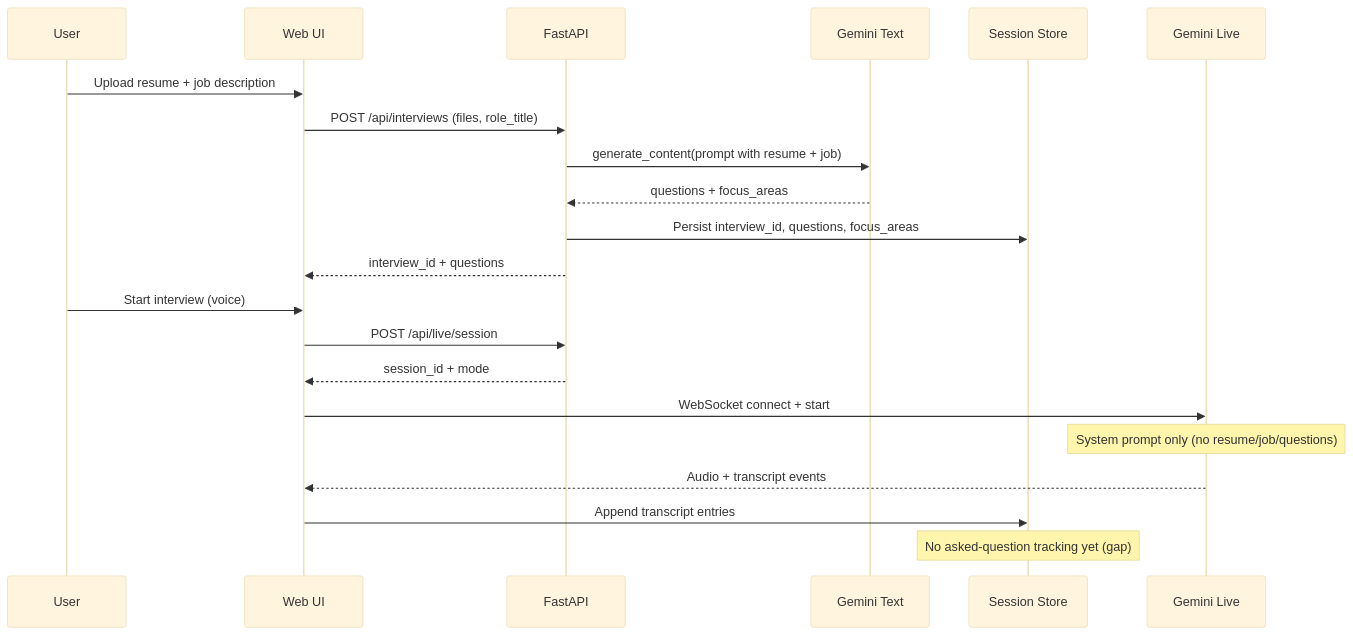
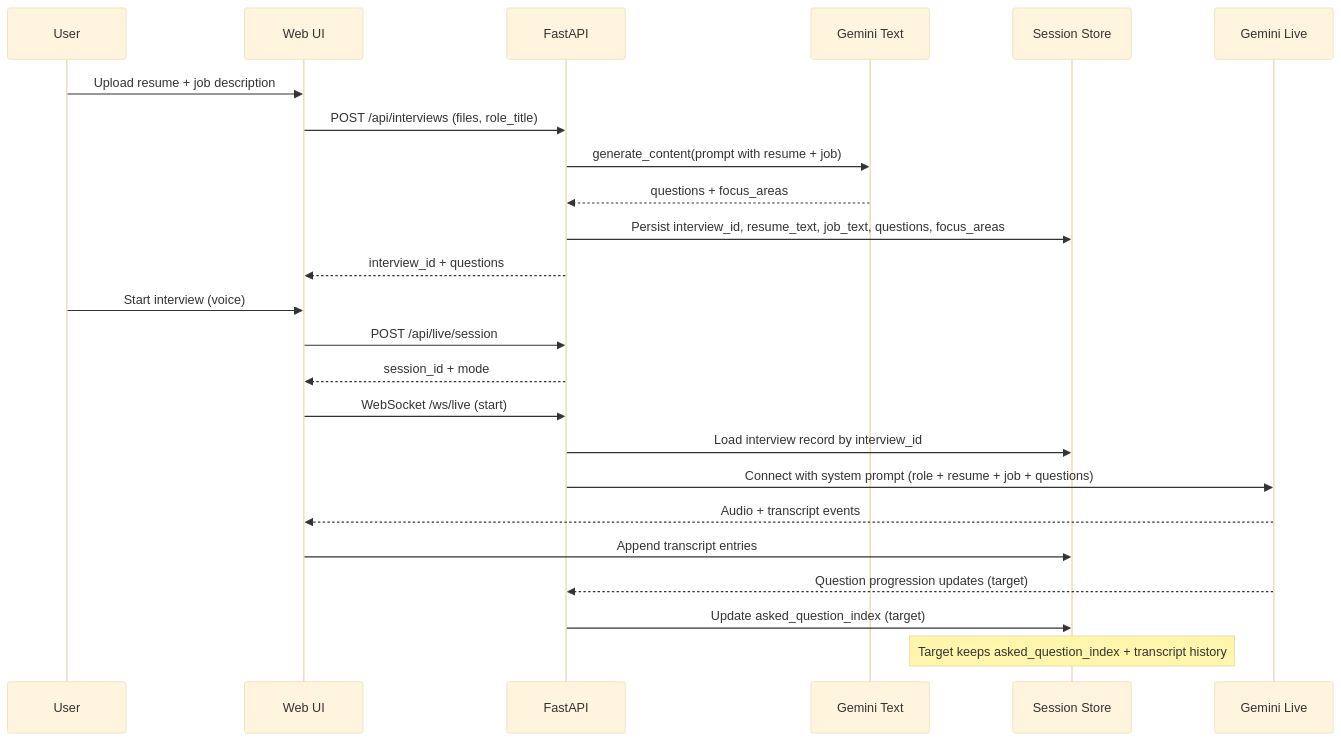
Before and after one commit to taylorparsons/PrepTalk: the diagram in docs/plans/2026-01-12-live-context-mermaid.md, drawn with Mermaid (base theme). The commit also changed other lines of this file, not shown here.

Commit message:
docs: update target live context diagram

````diff
--- a/docs/plans/2026-01-12-live-context-mermaid.md
+++ b/docs/plans/2026-01-12-live-context-mermaid.md
@@ -3,26 +3,29 @@
 ```mermaid
 sequenceDiagram
     participant U as User
     participant UI as Web UI
     participant API as FastAPI
     participant TXT as Gemini Text
     participant S as Session Store
     participant LIVE as Gemini Live
 
     U->>UI: Upload resume + job description
     UI->>API: POST /api/interviews (files, role_title)
     API->>TXT: generate_content(prompt with resume + job)
     TXT-->>API: questions + focus_areas
-    API->>S: Persist interview_id, questions, focus_areas
+    API->>S: Persist interview_id, resume_text, job_text, questions, focus_areas
     API-->>UI: interview_id + questions
 
     U->>UI: Start interview (voice)
     UI->>API: POST /api/live/session
     API-->>UI: session_id + mode
-    UI->>LIVE: WebSocket connect + start
-    Note over LIVE: System prompt only (no resume/job/questions)
+    UI->>API: WebSocket /ws/live (start)
+    API->>S: Load interview record by interview_id
+    API->>LIVE: Connect with system prompt (role + resume + job + questions)
     LIVE-->>UI: Audio + transcript events
     UI->>S: Append transcript entries
+    LIVE-->>API: Question progression updates (target)
+    API->>S: Update asked_question_index (target)
 
-    Note over S: No asked-question tracking yet (gap)
+    Note over S: Target keeps asked_question_index + transcript history
 ```
````
